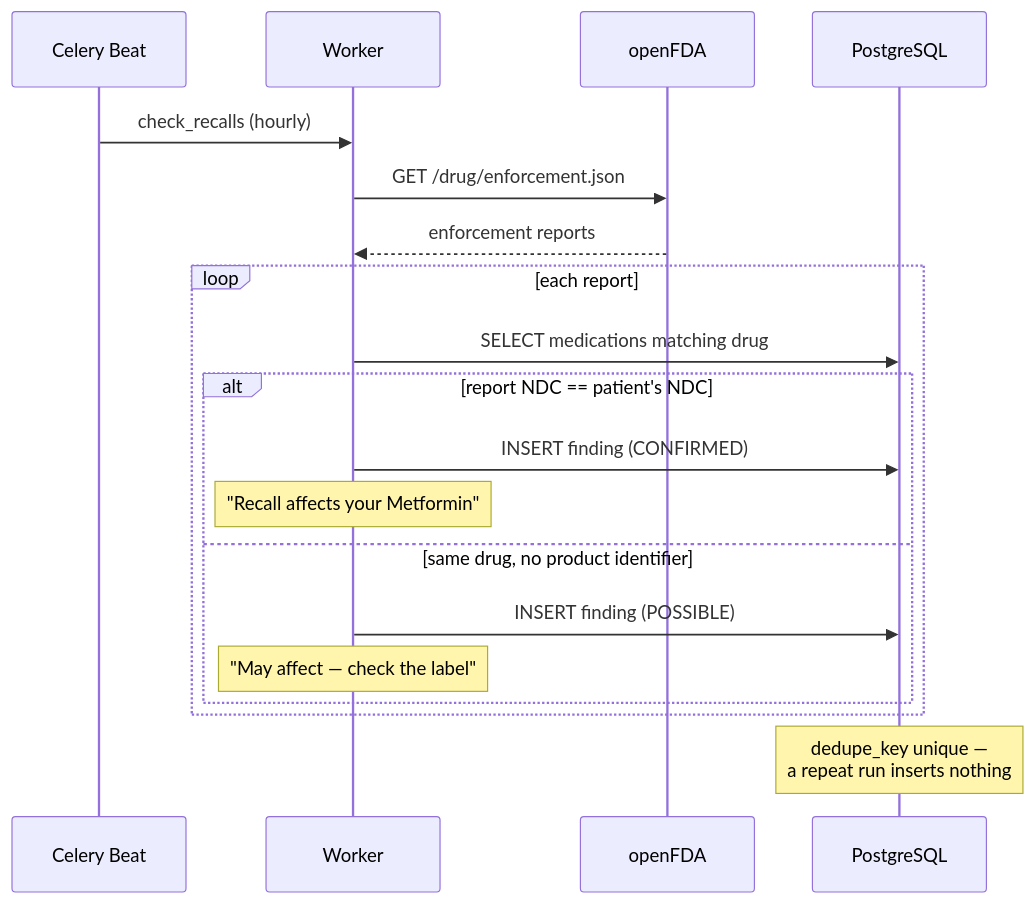
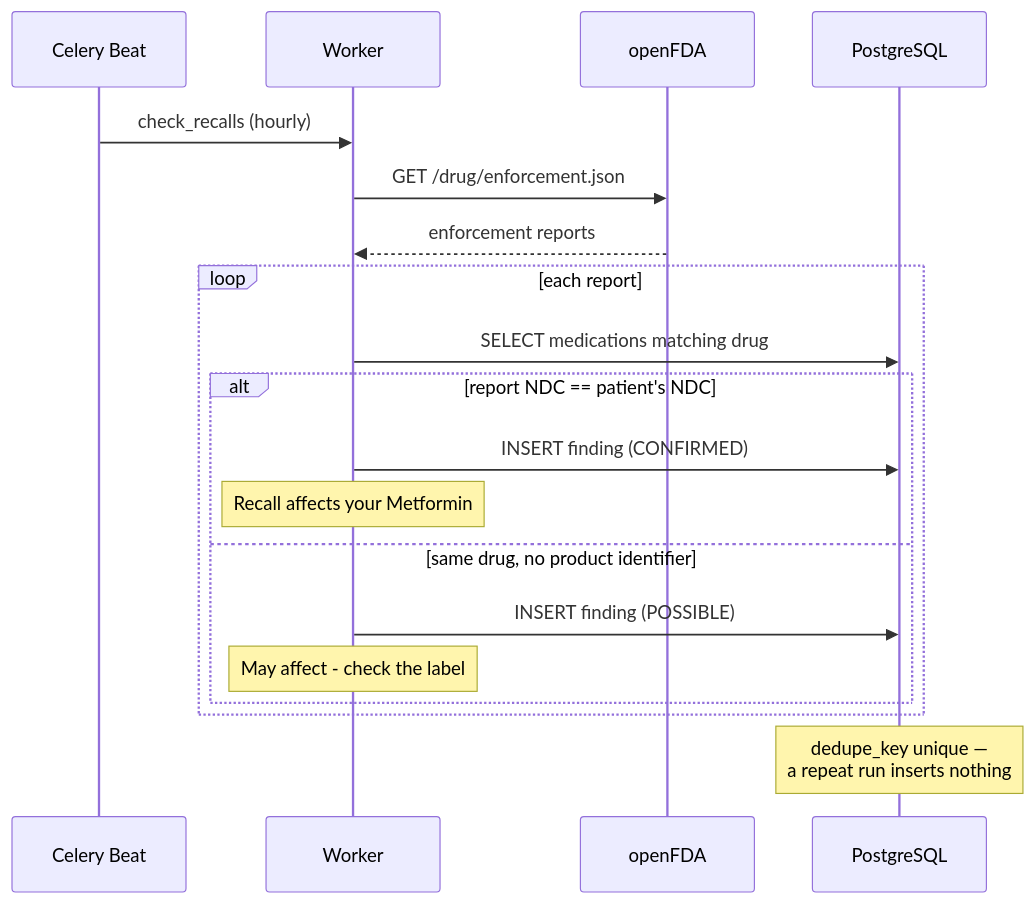
Before and after one commit to victory113/safemed: the sixth of 6 diagrams in docs/DESIGN.md, drawn with Mermaid. The commit also changed other lines of this file, not shown here.

Commit message:
fix(docs): remove quotes inside Mermaid Note lines so the diagrams render
GitHub's Mermaid parser failed on the two sequence diagrams: a double quote
inside a Note is a parse error, so both fell back to Unable to render rich
display.

````diff
--- a/docs/DESIGN.md
+++ b/docs/DESIGN.md
@@ -316,22 +316,22 @@
 ```mermaid
 sequenceDiagram
     participant B as Celery Beat
     participant W as Worker
     participant FDA as openFDA
     participant DB as PostgreSQL
 
     B->>W: check_recalls (hourly)
     W->>FDA: GET /drug/enforcement.json
     FDA-->>W: enforcement reports
     loop each report
         W->>DB: SELECT medications matching drug
         alt report NDC == patient's NDC
             W->>DB: INSERT finding (CONFIRMED)
-            Note over W: "Recall affects your Metformin"
+            Note over W: Recall affects your Metformin
         else same drug, no product identifier
             W->>DB: INSERT finding (POSSIBLE)
-            Note over W: "May affect — check the label"
+            Note over W: May affect - check the label
         end
     end
     Note over DB: dedupe_key unique —<br/>a repeat run inserts nothing
 ```
````
